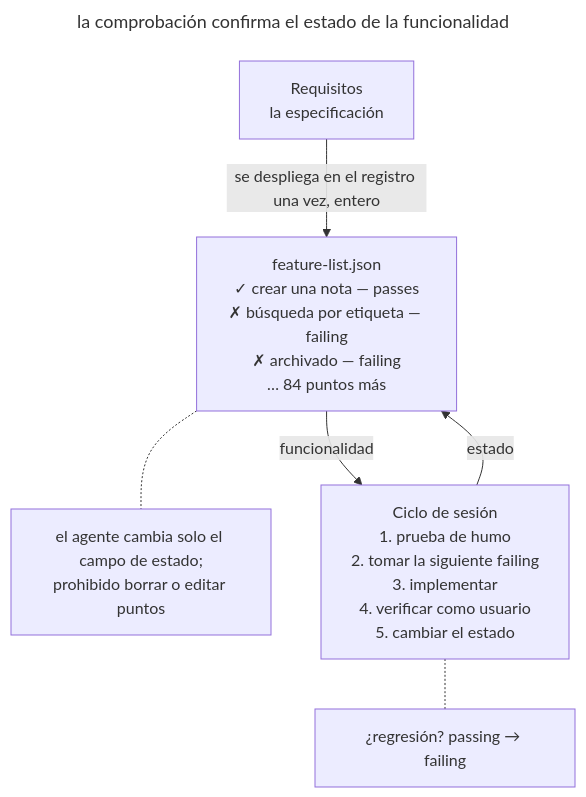
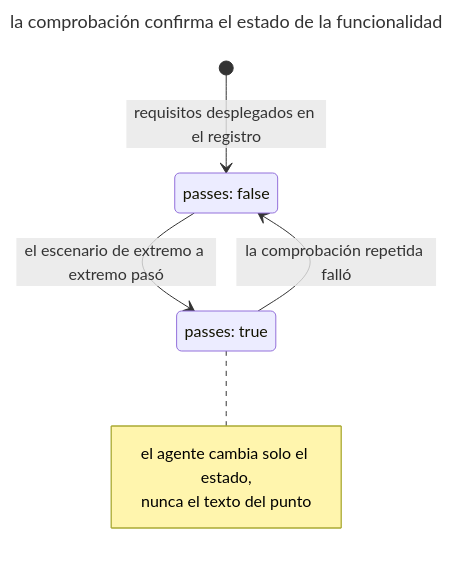
One commit to mokevnin/agentic-coding-design-patterns changed the diagram in book/es/feature-list-harness.md. Above: the diagram before and after it, drawn with Mermaid. The commit also changed other lines of this file and 11 other files, not shown here.

First line of the commit message:
docs: add state and git diagrams to four chapters

````diff
--- a/book/es/feature-list-harness.md
+++ b/book/es/feature-list-harness.md
@@ -44,16 +44,18 @@
 ```mermaid
 ---
 title: la comprobación confirma el estado de la funcionalidad
 ---
-flowchart TB
-  req["Requisitos<br/>la especificación"]:::accent
-  ledger["feature-list.json<br/>✓ crear una nota — passes<br/>✗ búsqueda por etiqueta — failing<br/>✗ archivado — failing<br/>… 84 puntos más"]
-  rules["el agente cambia solo el campo de estado;<br/>prohibido borrar o editar puntos"]:::warn
-  cycle["Ciclo de sesión<br/>1. prueba de humo<br/>2. tomar la siguiente failing<br/>3. implementar<br/>4. verificar como usuario<br/>5. cambiar el estado"]
-  regression["¿regresión? passing → failing"]:::warn
-  req -- "se despliega en el registro una vez, entero" --> ledger
-  ledger -- "funcionalidad" --> cycle
-  cycle -- "estado" --> ledger
-  ledger -.- rules
-  cycle -.- regression
+stateDiagram-v2
+  direction TB
+  state "passes: false" as failing
+  state "passes: true" as passing
+  class failing warn
+  class passing accent
+  [*] --> failing: requisitos desplegados en el registro
+  failing --> passing: el escenario de extremo a extremo pasó
+  passing --> failing: la comprobación repetida falló
+  note right of passing
+    el agente cambia solo el estado,
+    nunca el texto del punto
+  end note
 ```
````
